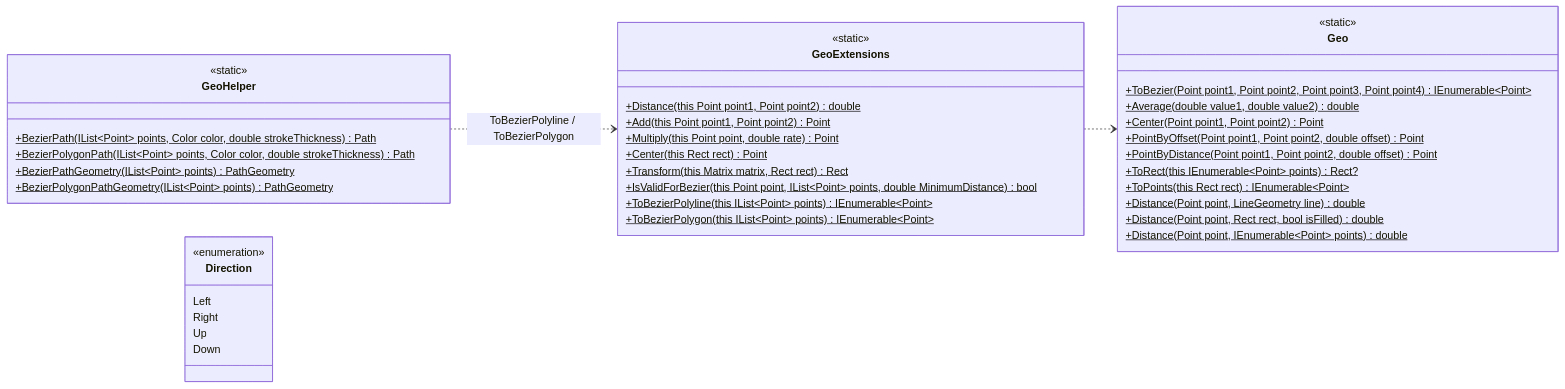
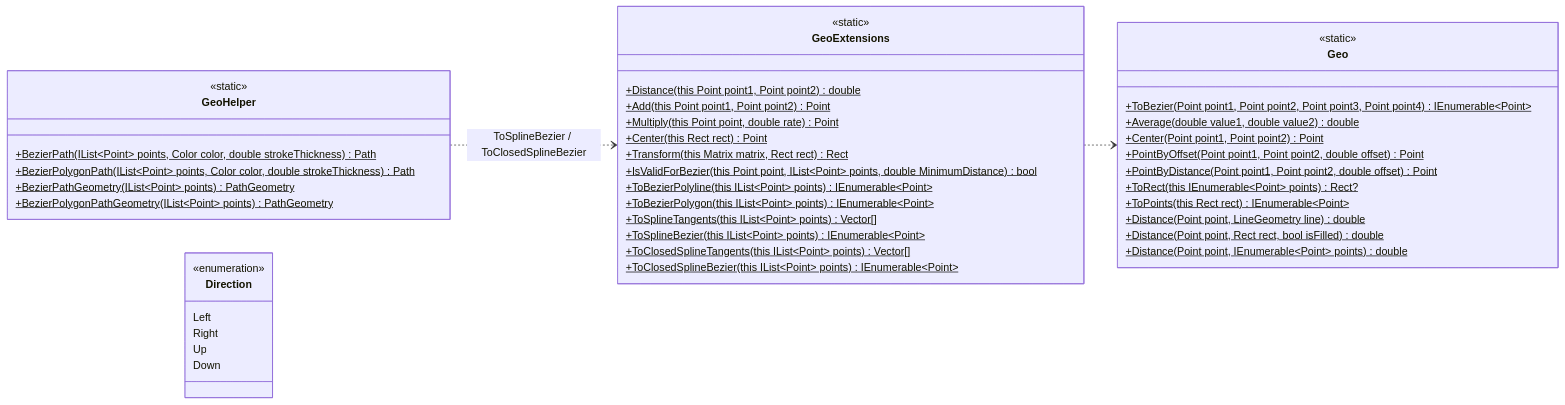
The fourth of 5 diagrams in README.md (Fujiwo/Shos.BezierSamples), drawn with Mermaid before and after one commit. The commit also changed other lines of this file and 5 other files, not shown here.

First line of the commit message:
段階5: README・説明図・CLAUDE.md を3次スプライン曲線に合わせて更新

````diff
--- a/README.md
+++ b/README.md
@@ -447,45 +535,49 @@
 ```mermaid
 classDiagram
     direction LR
 
     class GeoExtensions {
         <<static>>
         +Distance(this Point point1, Point point2)$ double
         +Add(this Point point1, Point point2)$ Point
         +Multiply(this Point point, double rate)$ Point
         +Center(this Rect rect)$ Point
         +Transform(this Matrix matrix, Rect rect)$ Rect
         +IsValidForBezier(this Point point, IList~Point~ points, double MinimumDistance)$ bool
         +ToBezierPolyline(this IList~Point~ points)$ IEnumerable~Point~
         +ToBezierPolygon(this IList~Point~ points)$ IEnumerable~Point~
+        +ToSplineTangents(this IList~Point~ points)$ Vector[]
+        +ToSplineBezier(this IList~Point~ points)$ IEnumerable~Point~
+        +ToClosedSplineTangents(this IList~Point~ points)$ Vector[]
+        +ToClosedSplineBezier(this IList~Point~ points)$ IEnumerable~Point~
     }
     class GeoHelper {
         <<static>>
         +BezierPath(IList~Point~ points, Color color, double strokeThickness)$ Path
         +BezierPolygonPath(IList~Point~ points, Color color, double strokeThickness)$ Path
         +BezierPathGeometry(IList~Point~ points)$ PathGeometry
         +BezierPolygonPathGeometry(IList~Point~ points)$ PathGeometry
     }
     class Geo {
         <<static>>
         +ToBezier(Point point1, Point point2, Point point3, Point point4)$ IEnumerable~Point~
         +Average(double value1, double value2)$ double
         +Center(Point point1, Point point2)$ Point
         +PointByOffset(Point point1, Point point2, double offset)$ Point
         +PointByDistance(Point point1, Point point2, double offset)$ Point
         +ToRect(this IEnumerable~Point~ points)$ Rect?
         +ToPoints(this Rect rect)$ IEnumerable~Point~
         +Distance(Point point, LineGeometry line)$ double
         +Distance(Point point, Rect rect, bool isFilled)$ double
         +Distance(Point point, IEnumerable~Point~ points)$ double
     }
     class Direction {
         <<enumeration>>
         Left
         Right
         Up
         Down
     }
-    GeoHelper ..> GeoExtensions : ToBezierPolyline / ToBezierPolygon
+    GeoHelper ..> GeoExtensions : ToSplineBezier / ToClosedSplineBezier
     GeoExtensions ..> Geo
 ```
````
